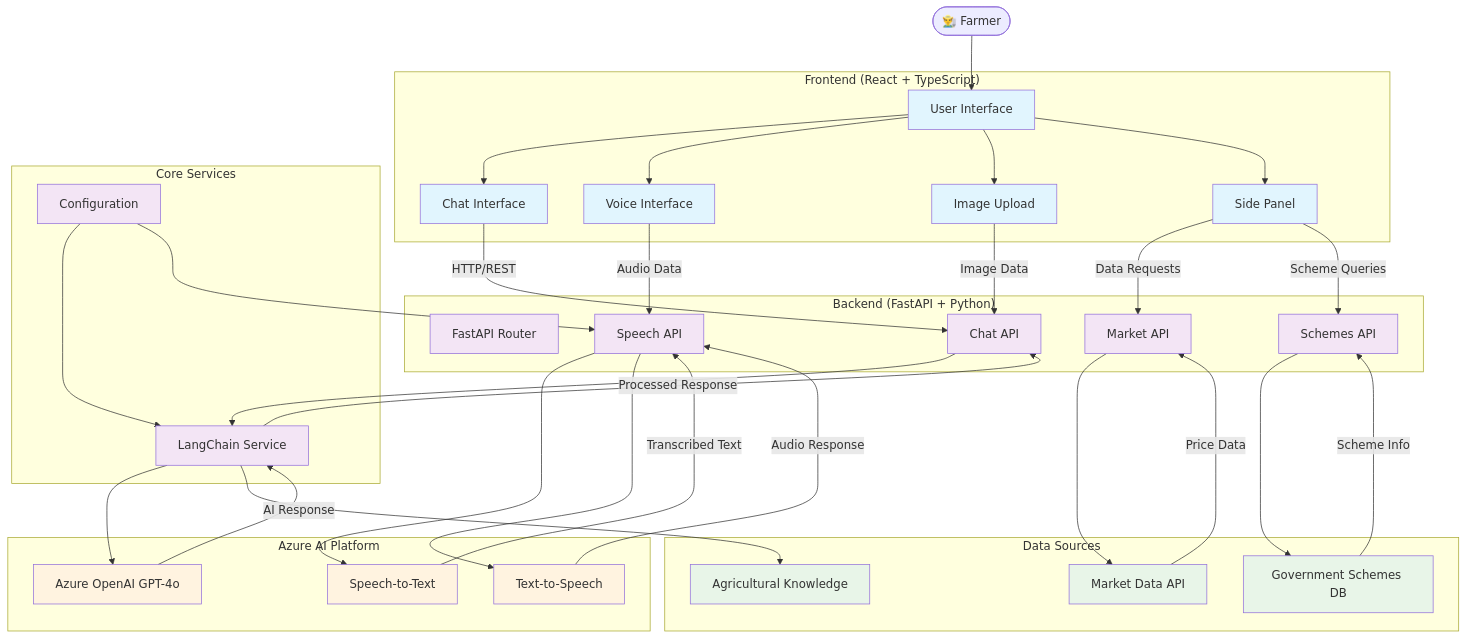
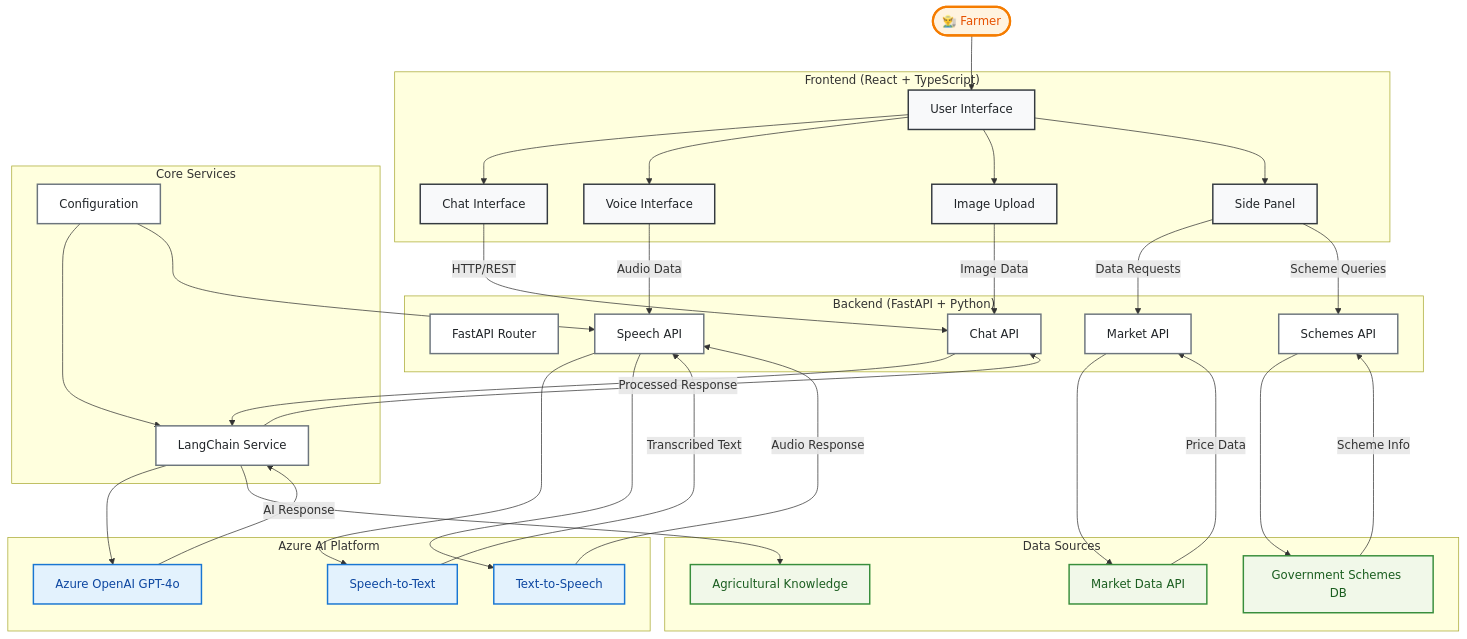
Before and after one commit to AshishSalaskar1/AgriMitra-Ai-Assistant: the diagram in README.md, drawn with Mermaid.

Commit message:
Enhance README.md styling for diagram representation

````diff
--- a/README.md
+++ b/README.md
@@ -130,14 +130,16 @@
     Config --> LangChain
     Config --> SpeechAPI
     
-    %% Styling
-    classDef frontend fill:#e1f5fe
-    classDef backend fill:#f3e5f5
-    classDef azure fill:#fff3e0
-    classDef data fill:#e8f5e8
+    %% Styling - Light theme with dark text
+    classDef frontend fill:#f8f9fa,stroke:#343a40,stroke-width:2px,color:#212529
+    classDef backend fill:#ffffff,stroke:#6c757d,stroke-width:2px,color:#212529
+    classDef azure fill:#e3f2fd,stroke:#1976d2,stroke-width:2px,color:#0d47a1
+    classDef data fill:#f1f8e9,stroke:#388e3c,stroke-width:2px,color:#1b5e20
+    classDef user fill:#fff3e0,stroke:#f57c00,stroke-width:3px,color:#e65100
     
     class UI,Chat,Voice,Upload,Side frontend
     class API,ChatAPI,SpeechAPI,MarketAPI,SchemesAPI,LangChain,Config backend
     class GPT4,STT,TTS azure
     class Market,Schemes,Knowledge data
+    class User user
 ```
````
